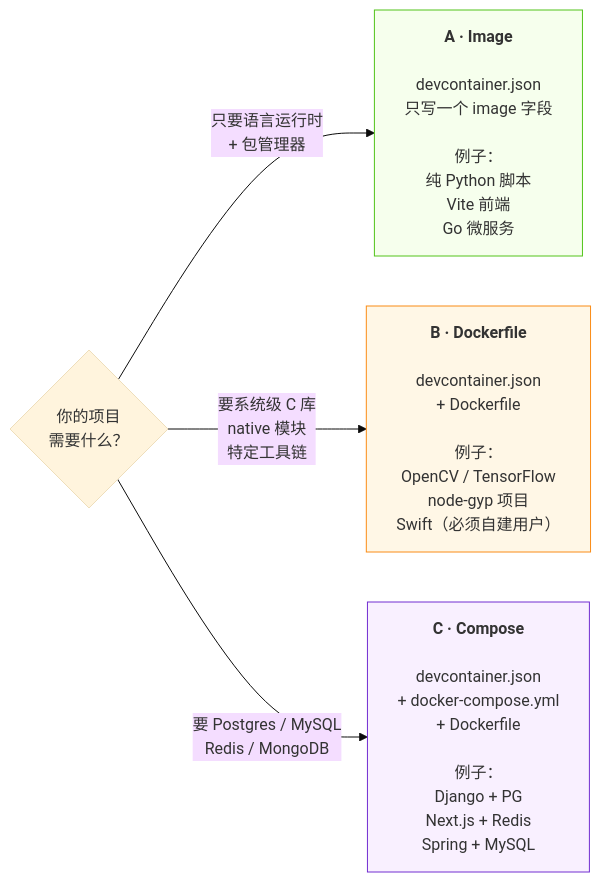
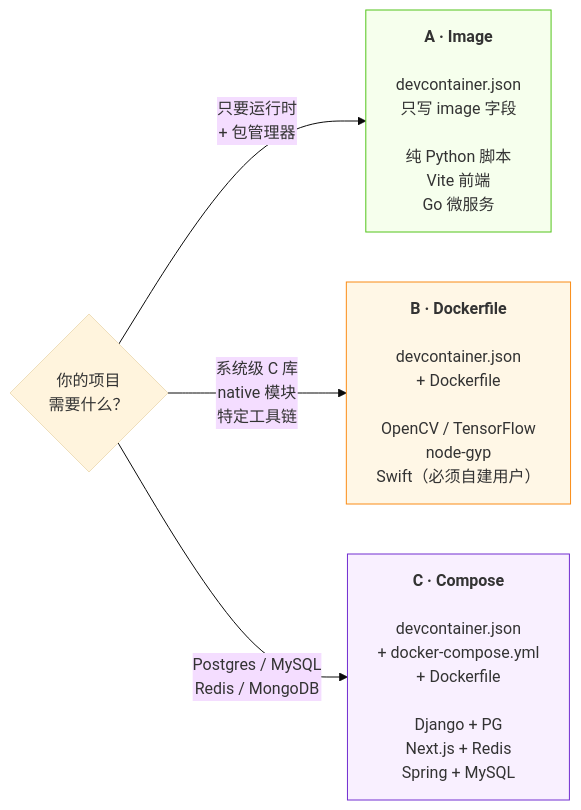
Before and after one commit to GlariaLuminous/setup-devcontainer-skill: the second of 2 diagrams in README.md, drawn with Mermaid (base theme). The commit also changed other lines of this file, not shown here.

````diff
--- a/README.md
+++ b/README.md
@@ -123,11 +118,11 @@
 ```mermaid
 flowchart LR
     Q{"你的项目<br/>需要什么？"}
-    Q -->|"只要语言运行时<br/>+ 包管理器"| A["<b>A · Image</b><br/><br/>devcontainer.json<br/>只写一个 image 字段<br/><br/>例子：<br/>纯 Python 脚本<br/>Vite 前端<br/>Go 微服务"]
-    Q -->|"要系统级 C 库<br/>native 模块<br/>特定工具链"| B["<b>B · Dockerfile</b><br/><br/>devcontainer.json<br/>+ Dockerfile<br/><br/>例子：<br/>OpenCV / TensorFlow<br/>node-gyp 项目<br/>Swift（必须自建用户）"]
-    Q -->|"要 Postgres / MySQL<br/>Redis / MongoDB"| C["<b>C · Compose</b><br/><br/>devcontainer.json<br/>+ docker-compose.yml<br/>+ Dockerfile<br/><br/>例子：<br/>Django + PG<br/>Next.js + Redis<br/>Spring + MySQL"]
+    Q -->|"只要运行时<br/>+ 包管理器"| A["<b>A · Image</b><br/><br/>devcontainer.json<br/>只写 image 字段<br/><br/>纯 Python 脚本<br/>Vite 前端<br/>Go 微服务"]
+    Q -->|"系统级 C 库<br/>native 模块<br/>特定工具链"| B["<b>B · Dockerfile</b><br/><br/>devcontainer.json<br/>+ Dockerfile<br/><br/>OpenCV / TensorFlow<br/>node-gyp<br/>Swift（必须自建用户）"]
+    Q -->|"Postgres / MySQL<br/>Redis / MongoDB"| C["<b>C · Compose</b><br/><br/>devcontainer.json<br/>+ docker-compose.yml<br/>+ Dockerfile<br/><br/>Django + PG<br/>Next.js + Redis<br/>Spring + MySQL"]
 
     style A fill:#f6ffed,stroke:#52c41a
     style B fill:#fff7e6,stroke:#fa8c16
     style C fill:#f9f0ff,stroke:#722ed1
 ```
````
